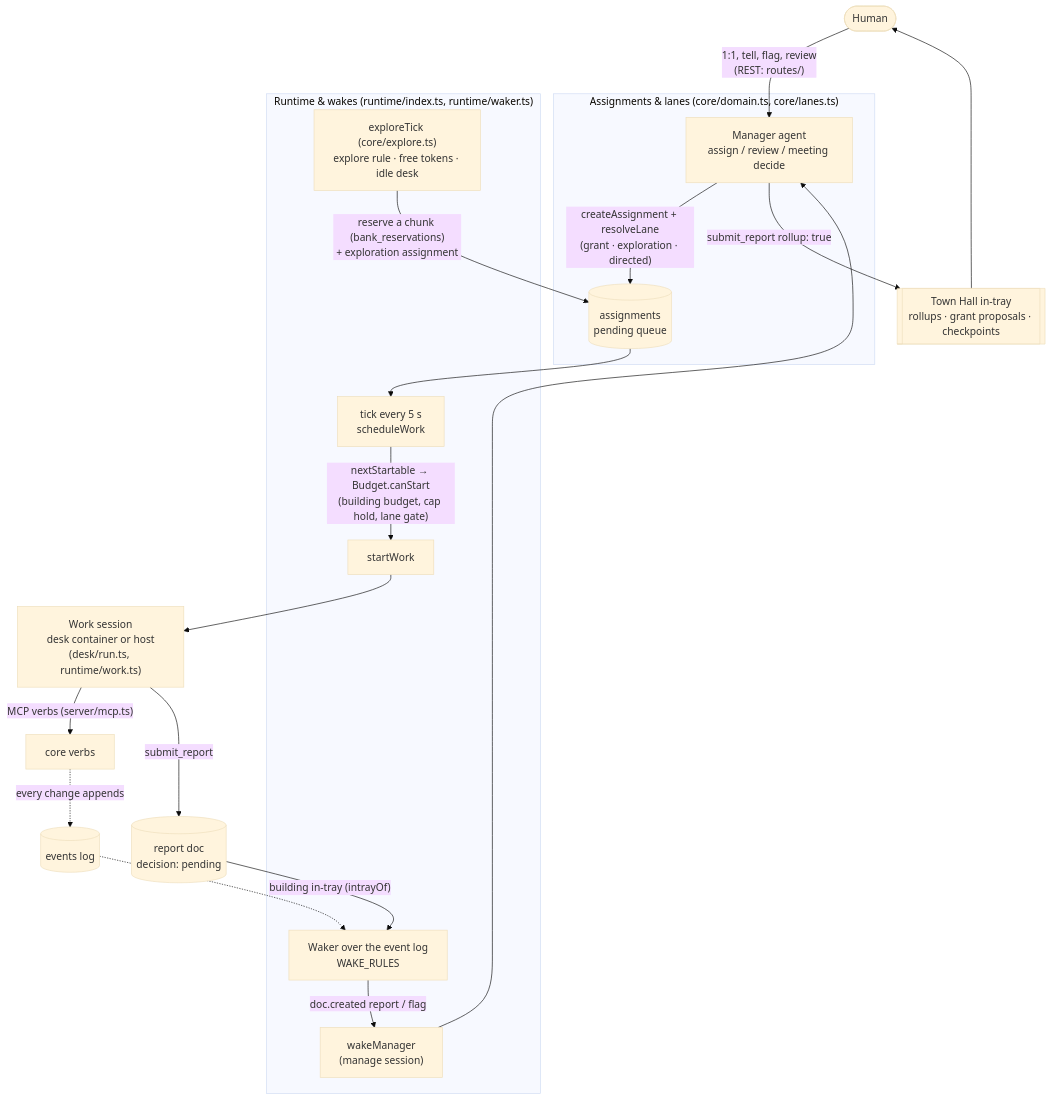
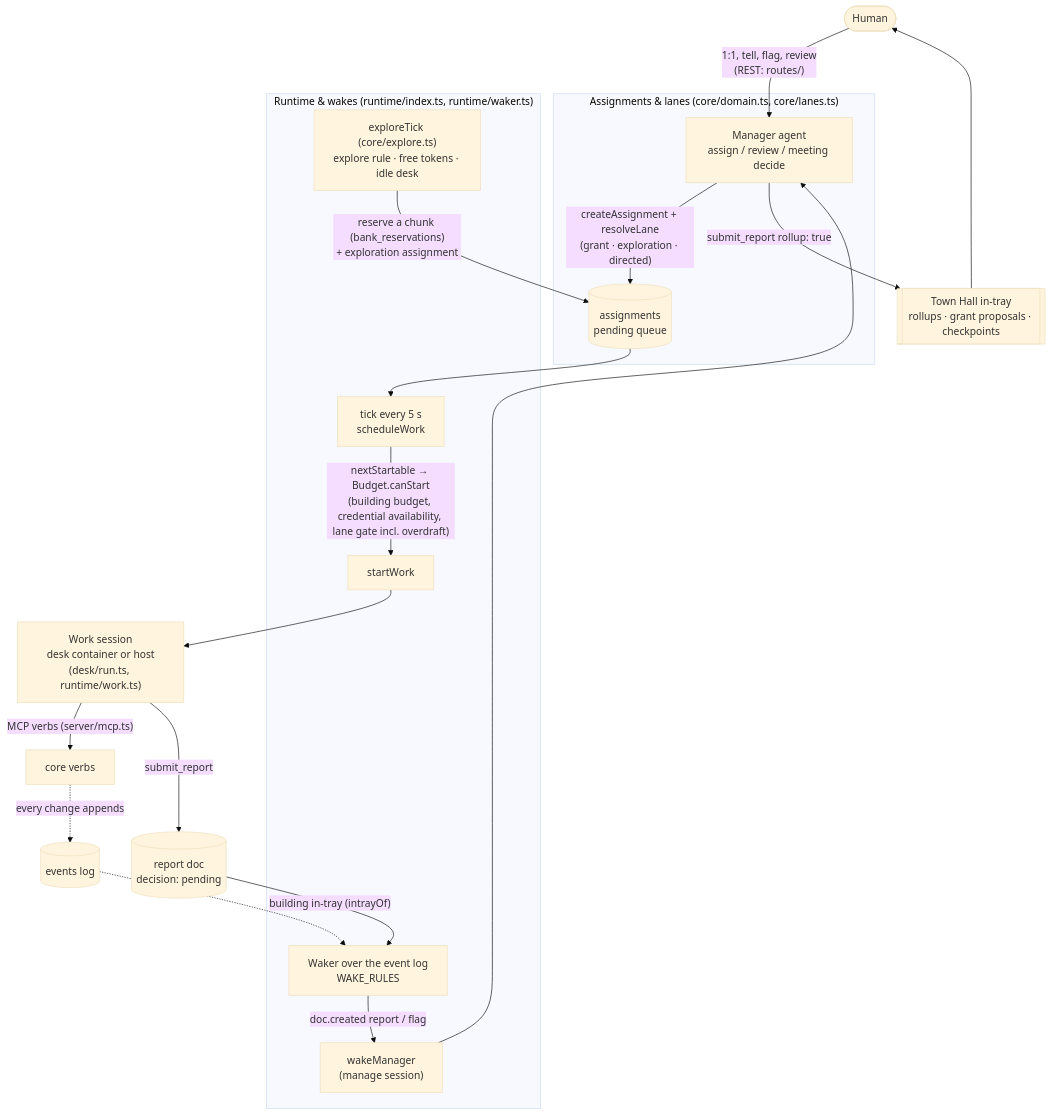
One commit to mitchellgordon95/muster-town changed the first of 2 diagrams in docs/architecture.md. Above: the diagram before and after it, drawn with Mermaid (base theme). The commit also changed other lines of this file and 1 other file, not shown here.

Commit message:
docs: town log entry for promised and available; architecture.md drops the cap hold and the cappedAt failover

````diff
--- a/docs/architecture.md
+++ b/docs/architecture.md
@@ -30,22 +30,22 @@
 ```mermaid
 flowchart TD
   human([Human]) -->|"1:1, tell, flag, review<br/>(REST: routes/)"| mgr
   subgraph assign["Assignments & lanes (core/domain.ts, core/lanes.ts)"]
     mgr["Manager agent<br/>assign / review / meeting decide"] -->|"createAssignment + resolveLane<br/>(grant · exploration · directed)"| queue[("assignments<br/>pending queue")]
   end
   subgraph rt["Runtime & wakes (runtime/index.ts, runtime/waker.ts)"]
-    tick["tick every 5 s<br/>scheduleWork"] -->|"nextStartable → Budget.canStart<br/>(building budget, cap hold, lane gate)"| start["startWork"]
+    tick["tick every 5 s<br/>scheduleWork"] -->|"nextStartable → Budget.canStart<br/>(building budget, credential availability, lane gate incl. overdraft)"| start["startWork"]
     explore["exploreTick (core/explore.ts)<br/>explore rule · free tokens · idle desk"] -->|"reserve a chunk (bank_reservations)<br/>+ exploration assignment"| queue
     waker["Waker over the event log<br/>WAKE_RULES"] -->|"doc.created report / flag"| wm["wakeManager<br/>(manage session)"]
   end
   queue --> tick
   start --> session["Work session<br/>desk container or host<br/>(desk/run.ts, runtime/work.ts)"]
   session -->|"MCP verbs (server/mcp.ts)"| verbs["core verbs"]
   session -->|"submit_report"| report[("report doc<br/>decision: pending")]
   report -->|"building in-tray (intrayOf)"| waker
   wm --> mgr
   mgr -->|"submit_report rollup: true"| townhall[["Town Hall in-tray<br/>rollups · grant proposals · checkpoints"]]
   townhall --> human
   verbs -.->|"every change appends"| events[("events log")]
   events -.-> waker
 ```
````
